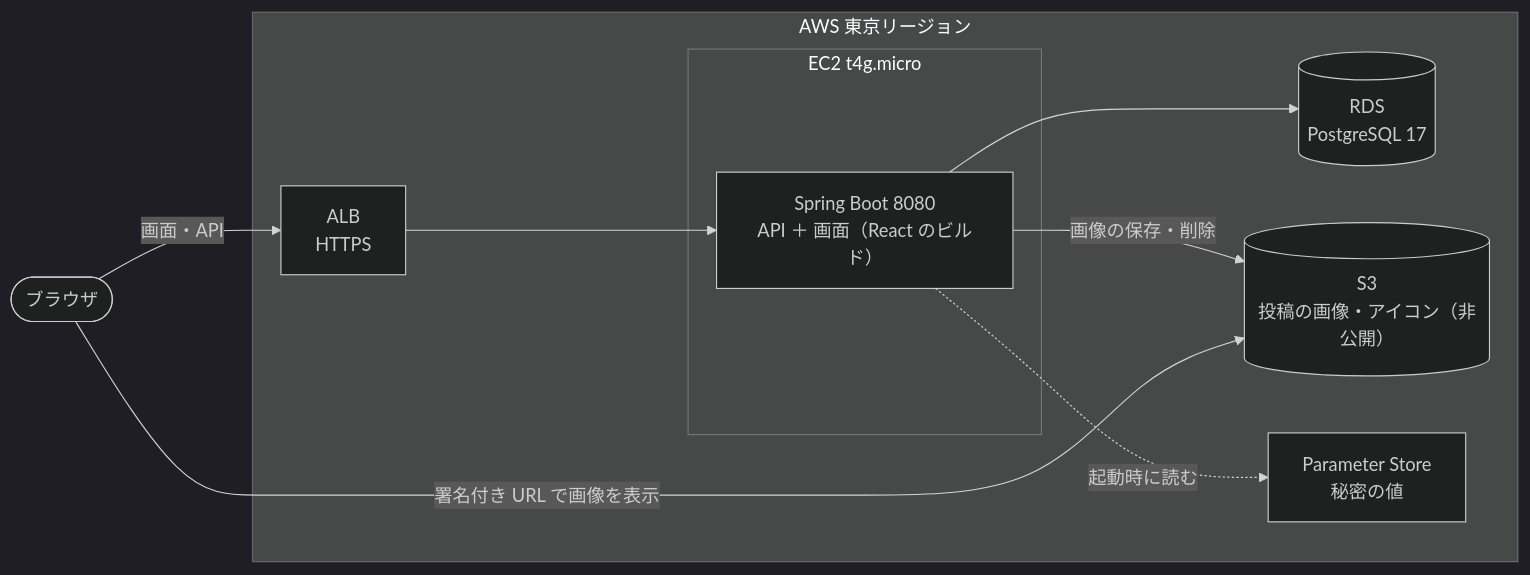
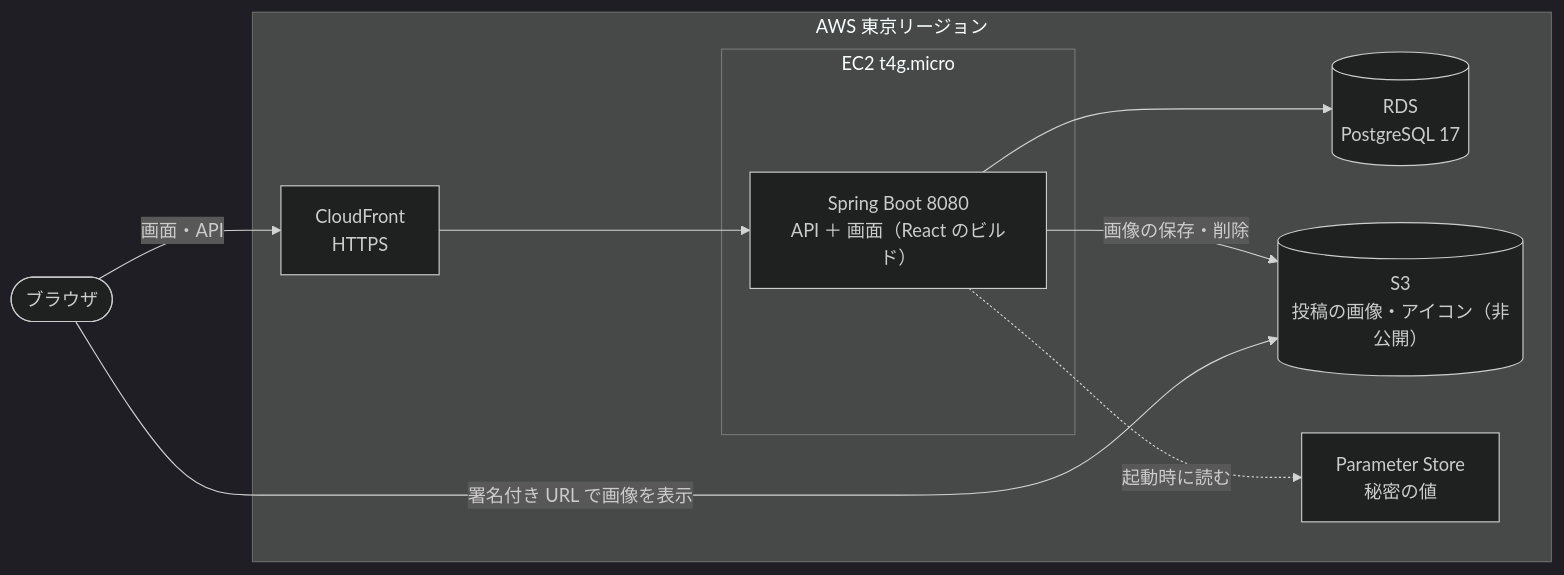
The diagram in README.md (y0408e0301-star/raise-timeline), drawn with Mermaid (dark theme) before and after one commit. The commit also changed other lines of this file and 8 other files, not shown here.

First line of the commit message:
公開の構成から ALB をなくし、CloudFront → EC2 にする (#40)

````diff
--- a/README.md
+++ b/README.md
@@ -91,20 +91,20 @@
 ```mermaid
 flowchart LR
     user(["ブラウザ"])
 
     subgraph aws["AWS 東京リージョン"]
-        alb["ALB<br/>HTTPS"]
+        cf["CloudFront<br/>HTTPS"]
         subgraph ec2["EC2 t4g.micro"]
             app["Spring Boot 8080<br/>API ＋ 画面（React のビルド）"]
         end
         rds[("RDS<br/>PostgreSQL 17")]
         s3[("S3<br/>投稿の画像・アイコン（非公開）")]
         ssm["Parameter Store<br/>秘密の値"]
     end
 
-    user -- "画面・API" --> alb --> app
+    user -- "画面・API" --> cf --> app
     app --> rds
     app -- "画像の保存・削除" --> s3
     user -- "署名付き URL で画像を表示" --> s3
     app -. "起動時に読む" .-> ssm
 ```
````
